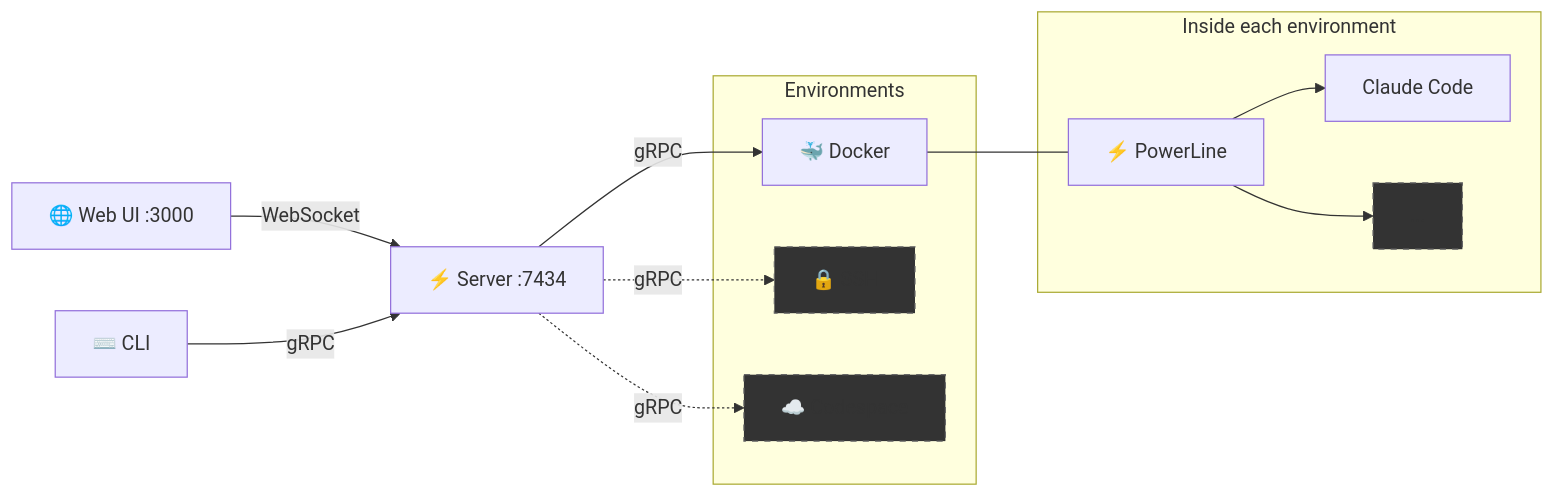
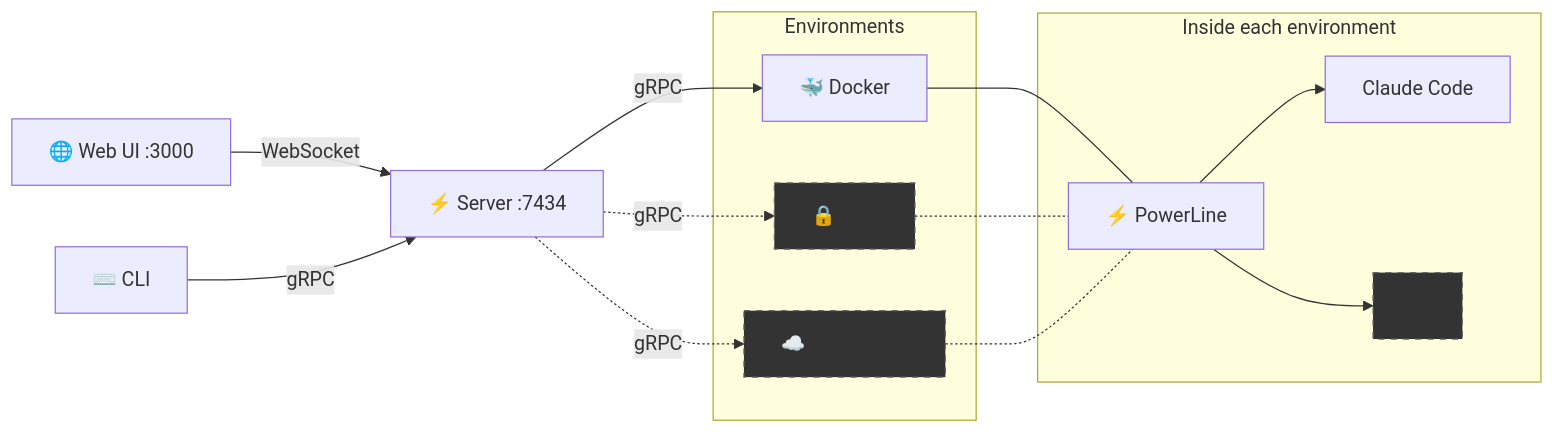
The fifth of 5 diagrams in README.md (nick-pape/grackle), drawn with Mermaid before and after one commit. The commit also changed other lines of this file, not shown here.

Commit message:
Fix architecture diagram connections and add dual legend (🔜 v1.0 / ⭐ post v1.0)

````diff
--- a/README.md
+++ b/README.md
@@ -78,29 +78,31 @@
 ```mermaid
 graph LR
     UI["🌐 Web UI :3000"]
     CLI["⌨️ CLI"]
     Server["⚡ Server :7434"]
 
     UI -- WebSocket --> Server
     CLI -- gRPC --> Server
 
     subgraph "Environments"
         Docker["🐳 Docker"]
         SSH["🔒 SSH"]
         CS["☁️ Codespace"]
     end
 
     Server -- gRPC --> Docker
     Server -. gRPC .-> SSH & CS
 
     subgraph "Inside each environment"
         PL["⚡ PowerLine"]
         PL --> CC["Claude Code"]
         PL --> More["..."]
     end
 
     Docker --- PL
+    SSH -.- PL
+    CS -.- PL
     style More fill:#333,stroke:#666,stroke-dasharray: 5 5
     style SSH fill:#333,stroke:#666,stroke-dasharray: 5 5
     style CS fill:#333,stroke:#666,stroke-dasharray: 5 5
 ```
````
